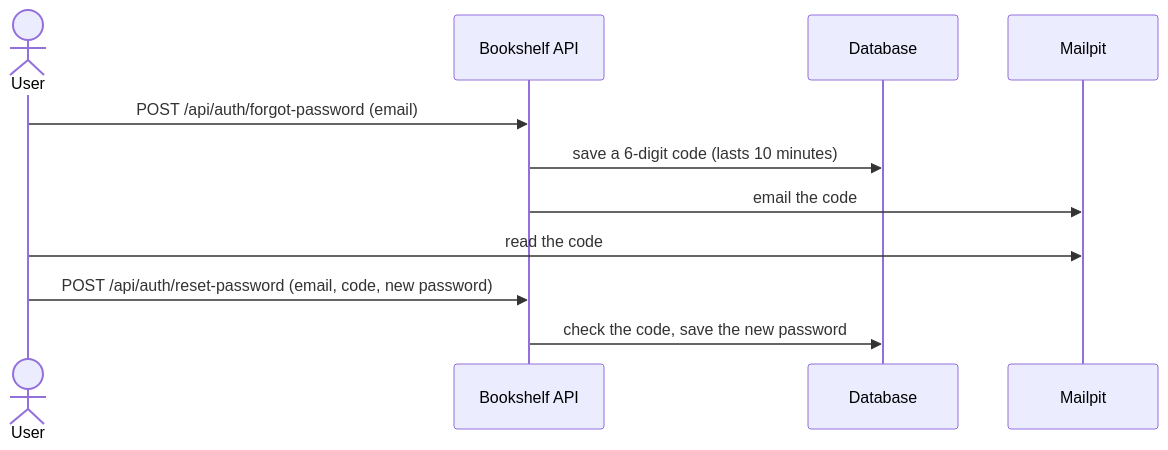
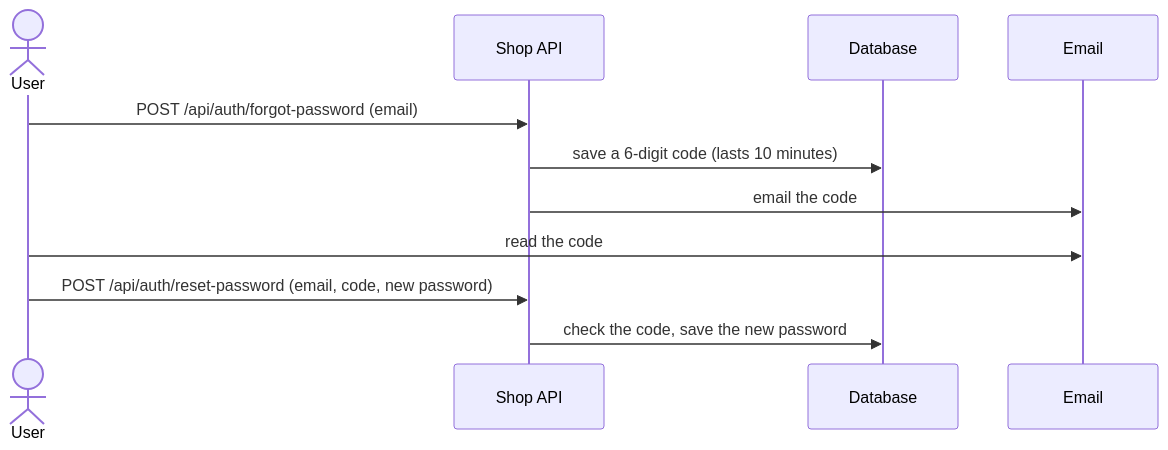
The diagram in docs/think-like-a-tester/learning-a-new-testing-area/index.md (arshaduzzaman-sm/zero-to-sdet), drawn with Mermaid before and after one commit. The commit also changed other lines of this file and 10 other files, not shown here.

````diff
--- a/docs/think-like-a-tester/learning-a-new-testing-area/index.md
+++ b/docs/think-like-a-tester/learning-a-new-testing-area/index.md
@@ -55,13 +57,13 @@
 ```mermaid
 sequenceDiagram
     actor User
-    participant Shop as Bookshelf API
+    participant Shop as Shop API
     participant DB as Database
-    participant Mail as Mailpit
+    participant Mail as Email
     User->>Shop: POST /api/auth/forgot-password (email)
     Shop->>DB: save a 6-digit code (lasts 10 minutes)
     Shop->>Mail: email the code
     User->>Mail: read the code
     User->>Shop: POST /api/auth/reset-password (email, code, new password)
     Shop->>DB: check the code, save the new password
 ```
````
